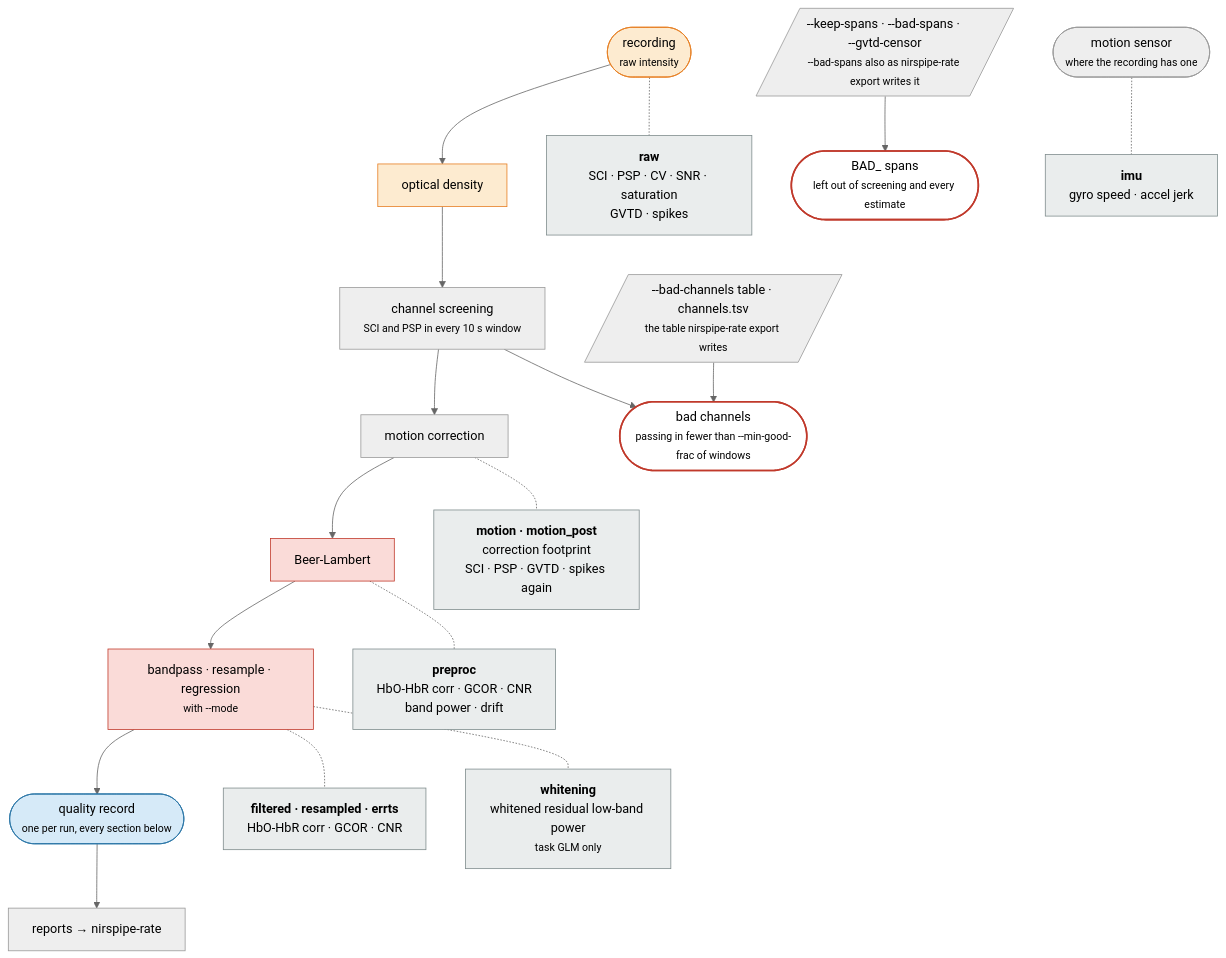
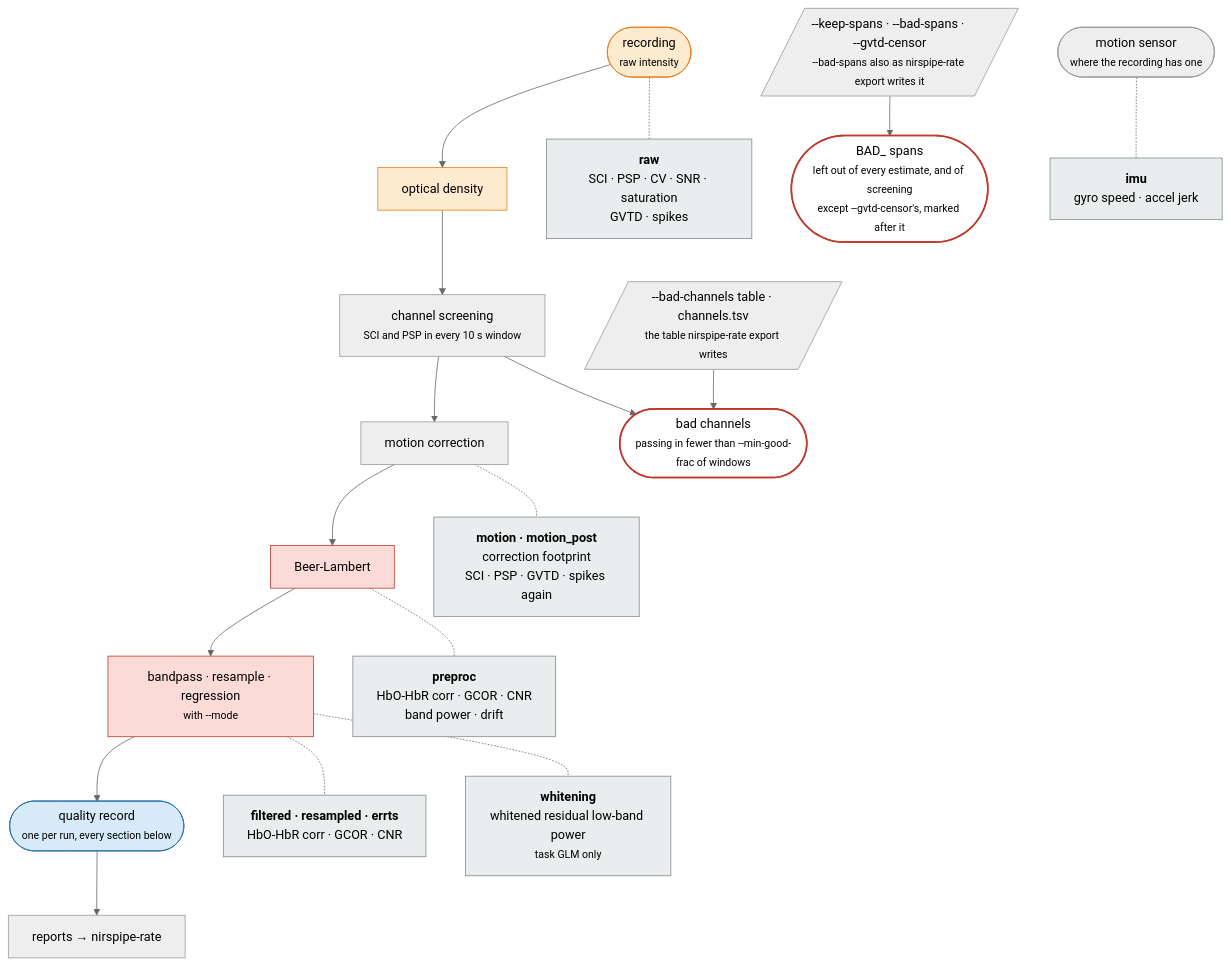
One commit to AU-CONNECT-Lab/NIRSPipe changed the diagram in docs/qc.md. Above: the diagram before and after it, drawn with Mermaid (neutral theme).

Commit message:
docs: the QC diagram no longer says --gvtd-censor's BAD_gvtd spans are left out of screening, which runs before they are marked

````diff
--- a/docs/qc.md
+++ b/docs/qc.md
@@ -32,34 +32,34 @@
 ```mermaid
 flowchart TD
     REC(["recording<br/><small>raw intensity</small>"])
     OD["optical density"]
     SCR["channel screening<br/><small>SCI and PSP in every 10 s window</small>"]
     MC["motion correction"]
     BL["Beer-Lambert"]
     POST["bandpass · resample · regression<br/><small>with --mode</small>"]
     SQM(["quality record<br/><small>one per run, every section below</small>"])
     REP["reports → nirspipe-rate"]
 
     REC --> OD --> SCR --> MC --> BL --> POST --> SQM --> REP
 
     REC -.- M1["<b>raw</b><br/>SCI · PSP · CV · SNR · saturation<br/>GVTD · spikes"]
     SCR --> BAD(["bad channels<br/><small>passing in fewer than --min-good-frac of windows</small>"])
     TAB[/"--bad-channels table · channels.tsv<br/><small>the table nirspipe-rate export writes</small>"/] --> BAD
-    SPIN[/"--keep-spans · --bad-spans · --gvtd-censor<br/><small>--bad-spans also as nirspipe-rate export writes it</small>"/] --> SPANS(["BAD_ spans<br/><small>left out of screening and every estimate</small>"])
+    SPIN[/"--keep-spans · --bad-spans · --gvtd-censor<br/><small>--bad-spans also as nirspipe-rate export writes it</small>"/] --> SPANS(["BAD_ spans<br/><small>left out of every estimate, and of screening<br/>except --gvtd-censor's, marked after it</small>"])
     MC -.- M2["<b>motion · motion_post</b><br/>correction footprint<br/>SCI · PSP · GVTD · spikes again"]
     BL -.- M3["<b>preproc</b><br/>HbO-HbR corr · GCOR · CNR<br/>band power · drift"]
     POST -.- M4["<b>filtered · resampled · errts</b><br/>HbO-HbR corr · GCOR · CNR"]
     POST -.- M6["<b>whitening</b><br/>whitened residual low-band power<br/><small>task GLM only</small>"]
     SENS(["motion sensor<br/><small>where the recording has one</small>"]) -.- M5["<b>imu</b><br/>gyro speed · accel jerk"]
 
     classDef od fill:#fdebd0,stroke:#e67e22
     classDef haemo fill:#fadbd8,stroke:#c0392b
     classDef side fill:#eaeded,stroke:#7f8c8d
     classDef derivative fill:#d6eaf8,stroke:#2874a6
     classDef acts fill:#ffffff,stroke:#c0392b,stroke-width:2px
     class REC,OD od
     class BL,POST haemo
     class M1,M2,M3,M4,M5,M6 side
     class SQM derivative
     class BAD,SPANS acts
 ```
````
